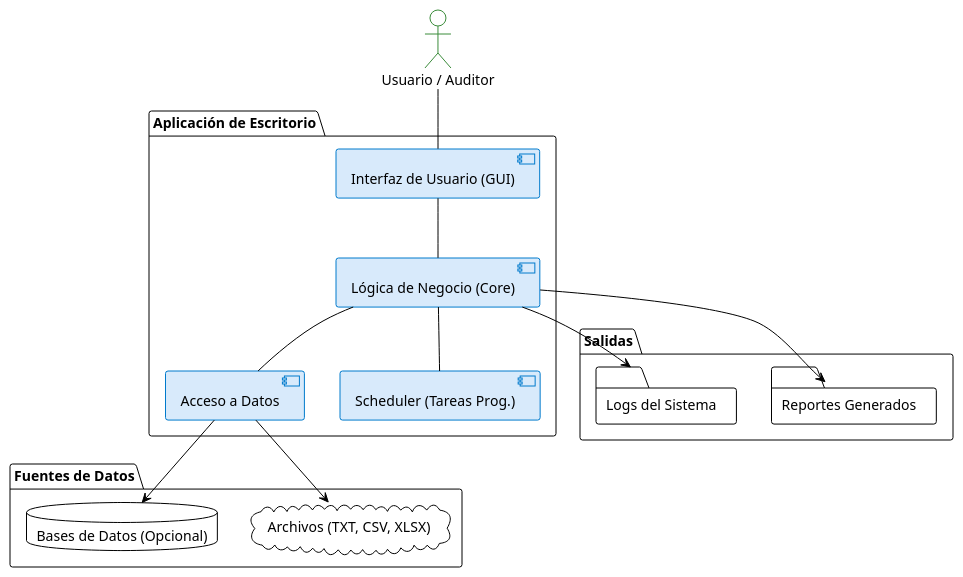
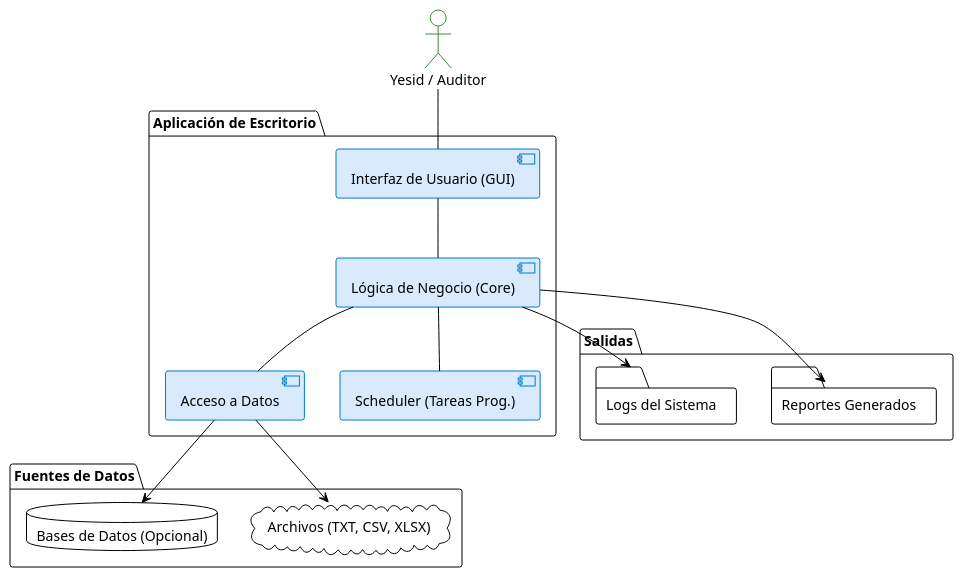
Before and after one commit to yesid95/capresoca-data-automation: the diagram in docs/diagrams/architecture/arquitectura.puml, drawn with PlantUML. The commit also changed 3 other files, not shown here.

First line of the commit message:
docs: actualizacion de diagramas y roadmap

```diff
--- a/docs/diagrams/architecture/arquitectura.puml
+++ b/docs/diagrams/architecture/arquitectura.puml
@@ -1,45 +1,45 @@
 @startuml
 !theme plain
 skinparam rectangle {
     BorderColor #4A4A4A
     BackgroundColor #F0F0F0
 }
 skinparam component {
     BorderColor #007ACC
     BackgroundColor #D8EAFB
 }
 skinparam actor {
     BorderColor #3B8C3B
 }
 
-actor "Usuario / Auditor" as user
+actor "Yesid / Auditor" as user
 
 package "Aplicación de Escritorio" {
     component "Interfaz de Usuario (GUI)" as gui
     component "Lógica de Negocio (Core)" as core
     component "Acceso a Datos" as data_access
     component "Scheduler (Tareas Prog.)" as scheduler
 }
 
 package "Fuentes de Datos" {
     cloud "Archivos (TXT, CSV, XLSX)" as files
     database "Bases de Datos (Opcional)" as db
 }
 
 package "Salidas" {
     folder "Reportes Generados" as reports
     folder "Logs del Sistema" as logs
 }
 
 user -- gui
 gui -- core
 core -- data_access
 core -- scheduler
 
 data_access --> files
 data_access --> db
 
 core --> reports
 core --> logs
 
 @enduml
```
